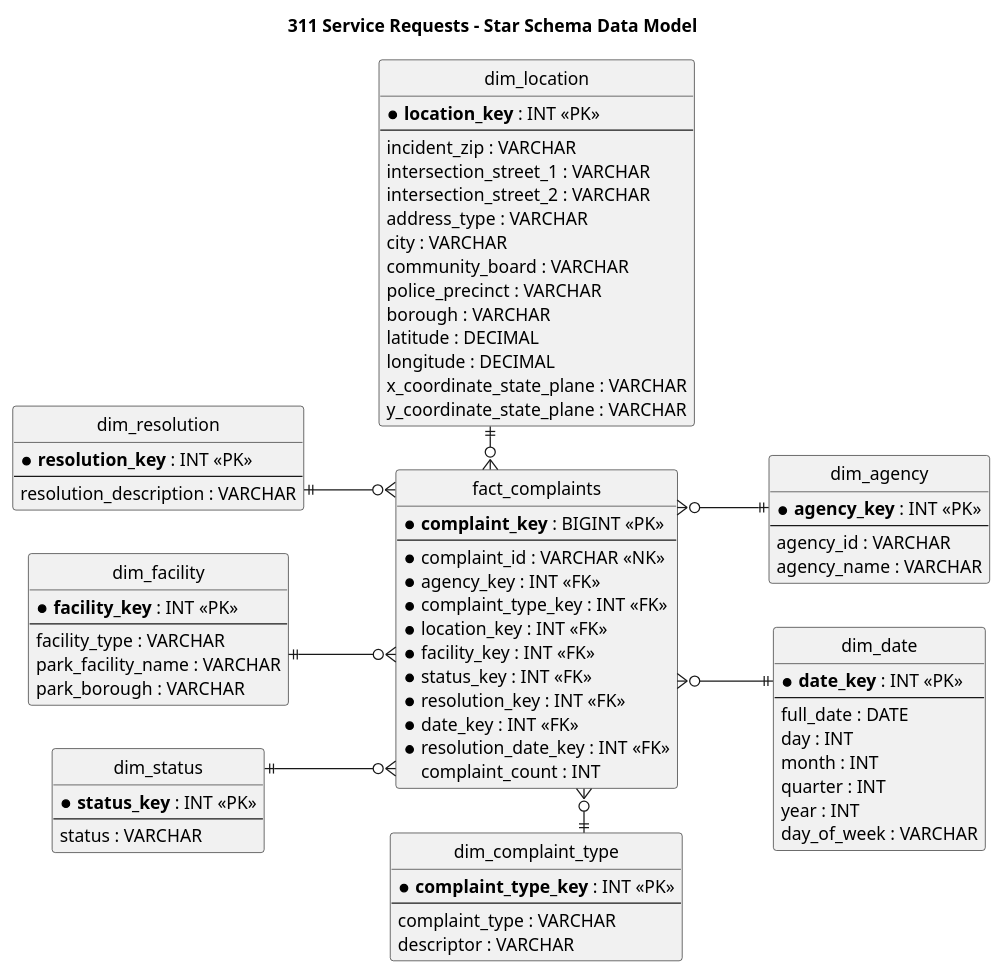
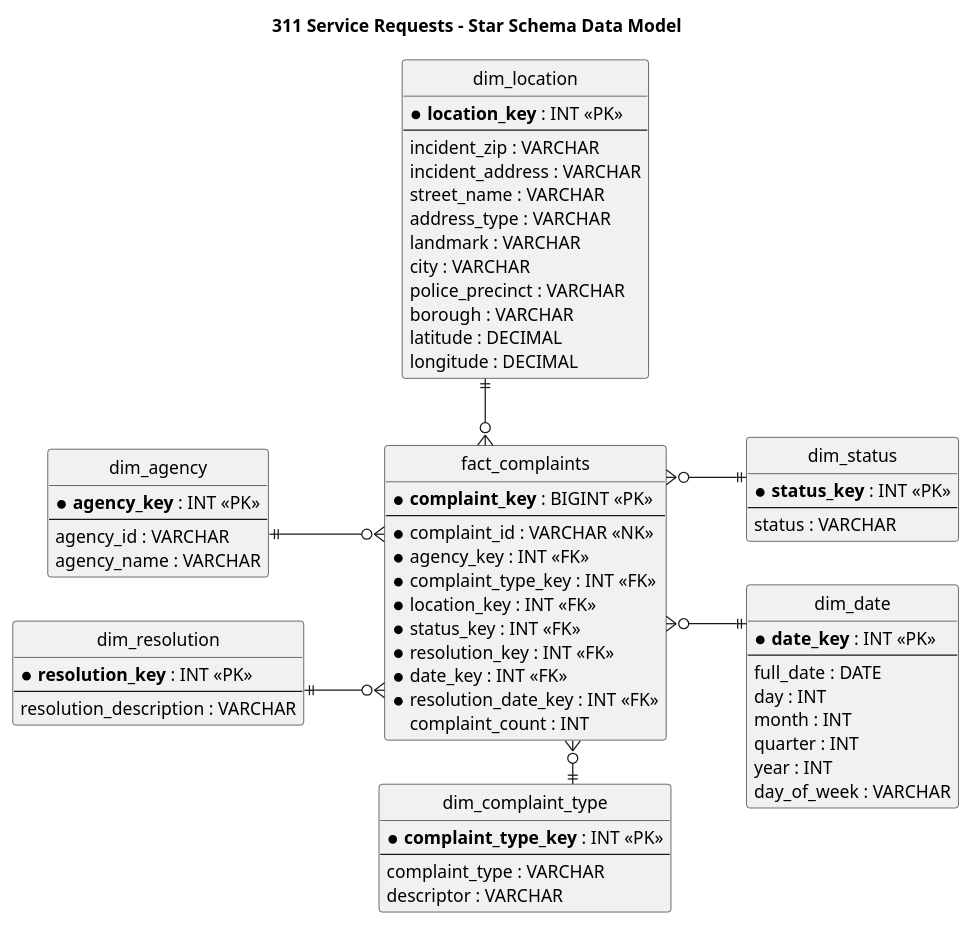
Before and after one commit to charnelclamosa/python_bigquery_etl: the diagram in docs/311_service_requests_data_model.puml, drawn with PlantUML. The commit also changed 6 other files, not shown here.

```diff
--- a/docs/311_service_requests_data_model.puml
+++ b/docs/311_service_requests_data_model.puml
@@ -1,115 +1,95 @@
 @startuml
 title 311 Service Requests – Star Schema Data Model
 left to right direction
 skinparam linetype ortho
 hide circle
 
 
 entity "dim_agency" as dim_agency {
   * **agency_key** : INT <<PK>>
   --
   agency_id : VARCHAR
   agency_name : VARCHAR
 }
 
 entity "dim_complaint_type" as dim_complaint_type {
   * **complaint_type_key** : INT <<PK>>
   --
   complaint_type : VARCHAR
   descriptor : VARCHAR
 }
 
 entity "dim_location" as dim_location {
   * **location_key** : INT <<PK>>
   --
   incident_zip : VARCHAR
-  intersection_street_1 : VARCHAR
-  intersection_street_2 : VARCHAR
+  incident_address : VARCHAR
+  street_name : VARCHAR
   address_type : VARCHAR
+  landmark : VARCHAR
   city : VARCHAR
-  community_board : VARCHAR
   police_precinct : VARCHAR
   borough : VARCHAR
   latitude : DECIMAL
   longitude : DECIMAL
-  x_coordinate_state_plane : VARCHAR
-  y_coordinate_state_plane : VARCHAR
-}
-
-entity "dim_facility" as dim_facility {
-  * **facility_key** : INT <<PK>>
-  --
-  facility_type : VARCHAR
-  park_facility_name : VARCHAR
-  park_borough : VARCHAR
 }
 
 entity "dim_status" as dim_status {
   * **status_key** : INT <<PK>>
   --
   status : VARCHAR
 }
 
 entity "dim_resolution" as dim_resolution {
   * **resolution_key** : INT <<PK>>
   --
   resolution_description : VARCHAR
 }
 
 entity "dim_date" as dim_date {
   * **date_key** : INT <<PK>>
   --
   full_date : DATE
   day : INT
   month : INT
   quarter : INT
   year : INT
   day_of_week : VARCHAR
 }
 
 entity "fact_complaints" as fact_complaints {
   * **complaint_key** : BIGINT <<PK>>
   --
   * complaint_id : VARCHAR <<NK>>
   * agency_key : INT <<FK>>
   * complaint_type_key : INT <<FK>>
   * location_key : INT <<FK>>
-  * facility_key : INT <<FK>>
   * status_key : INT <<FK>>
   * resolution_key : INT <<FK>>
   * date_key : INT <<FK>>
   * resolution_date_key : INT <<FK>>
   complaint_count : INT
 }
 
 
 
 ' Relationships
 
 dim_agency ||--o{ fact_complaints
 dim_complaint_type ||--o{ fact_complaints
 dim_location ||--o{ fact_complaints
-dim_facility ||--o{ fact_complaints
 dim_status ||--o{ fact_complaints
 dim_resolution ||--o{ fact_complaints
 dim_date ||--o{ fact_complaints
 
 ' Layout hints
-
-' Top
-dim_agency -[hidden]up- fact_complaints
+dim_agency -[hidden]down- fact_complaints
 dim_date -[hidden]up- fact_complaints
-
-' Left and right
 dim_complaint_type -[hidden]left- fact_complaints
 dim_location -[hidden]right- fact_complaints
-
-' Bottom
-fact_complaints -[hidden]down- dim_facility
-
-' Additional positioning
-dim_status -[hidden]left- dim_facility
-dim_resolution -[hidden]right- dim_facility
+fact_complaints -[hidden]down- fact_complaints
+dim_status -[hidden]up- fact_complaints
+dim_resolution -[hidden]down- fact_complaints
 
 
 @enduml
```
